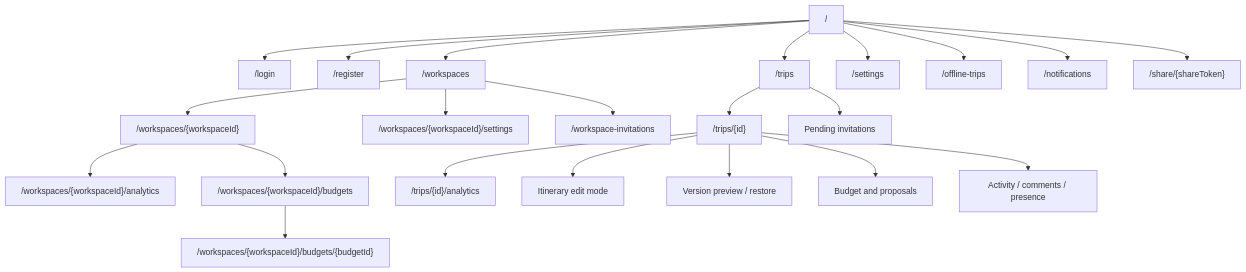
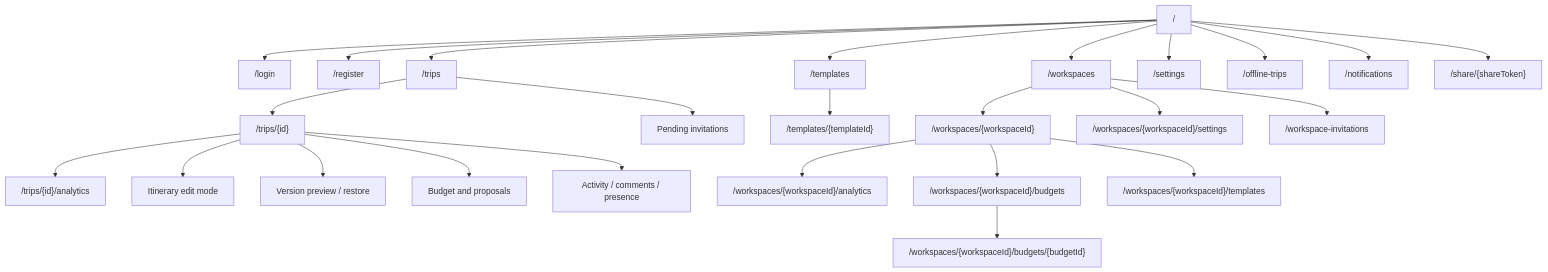
The second of 3 diagrams in apps/web/README.md (KovalenkoDima236961/Travel_Ai_App), drawn with Mermaid before and after one commit. The commit also changed other lines of this file and 34 other files, not shown here.

````diff
--- a/apps/web/README.md
+++ b/apps/web/README.md
@@ -144,24 +145,27 @@
 ```mermaid
 flowchart TD
     Home["/"] --> Login["/login"]
     Home --> Register["/register"]
     Home --> Trips["/trips"]
+    Home --> Templates["/templates"]
     Home --> Workspaces["/workspaces"]
     Workspaces --> WorkspaceDetail["/workspaces/{workspaceId}"]
     WorkspaceDetail --> WorkspaceAnalytics["/workspaces/{workspaceId}/analytics"]
     WorkspaceDetail --> WorkspaceBudgets["/workspaces/{workspaceId}/budgets"]
     WorkspaceBudgets --> WorkspaceBudgetDetail["/workspaces/{workspaceId}/budgets/{budgetId}"]
     Workspaces --> WorkspaceSettings["/workspaces/{workspaceId}/settings"]
+    WorkspaceDetail --> WorkspaceTemplates["/workspaces/{workspaceId}/templates"]
     Workspaces --> WorkspaceInvites["/workspace-invitations"]
     Trips --> TripDetail["/trips/{id}"]
+    Templates --> TemplateDetail["/templates/{templateId}"]
     TripDetail --> TripAnalytics["/trips/{id}/analytics"]
     Trips --> Invitations["Pending invitations"]
     TripDetail --> Edit["Itinerary edit mode"]
     TripDetail --> Versions["Version preview / restore"]
     TripDetail --> Budget["Budget and proposals"]
     TripDetail --> Activity["Activity / comments / presence"]
     Home --> Settings["/settings"]
     Home --> OfflineTrips["/offline-trips"]
     Home --> Notifications["/notifications"]
     Home --> Share["/share/{shareToken}"]
 ```
````
